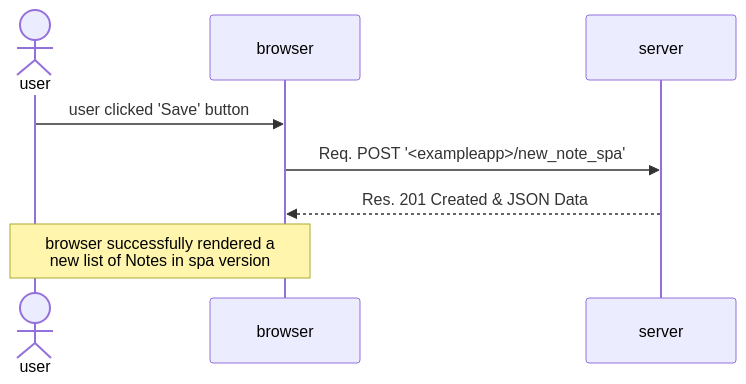
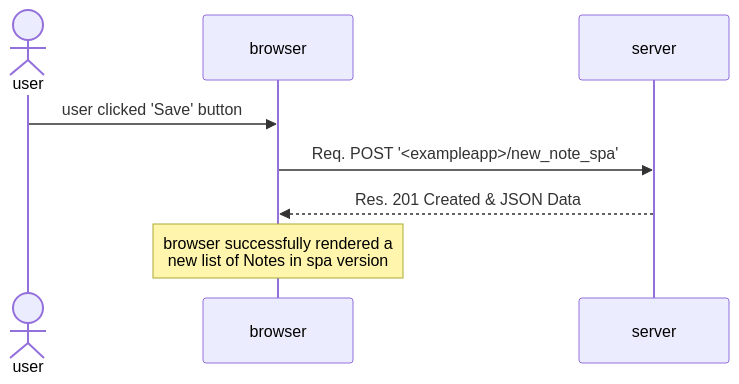
One commit to thanajong/fullstackopen-university-of-helsinki changed the diagram in part0/ex0.6-spa-new-note.md. Above: the diagram before and after it, drawn with Mermaid. The commit also changed 2 other files, not shown here.

Commit message:
Change success note

````diff
--- a/part0/ex0.6-spa-new-note.md
+++ b/part0/ex0.6-spa-new-note.md
@@ -1,11 +1,11 @@
 ```mermaid
 sequenceDiagram
     actor user
     participant browser
     participant server
 
     user ->> browser: user clicked 'Save' button
     browser ->> server: Req. POST '<exampleapp>/new_note_spa'
     server -->> browser: Res. 201 Created & JSON Data
-    note over user, browser: browser successfully rendered a <br> new list of Notes in spa version
+    note over browser: browser successfully rendered a <br> new list of Notes in spa version
 ```
````
